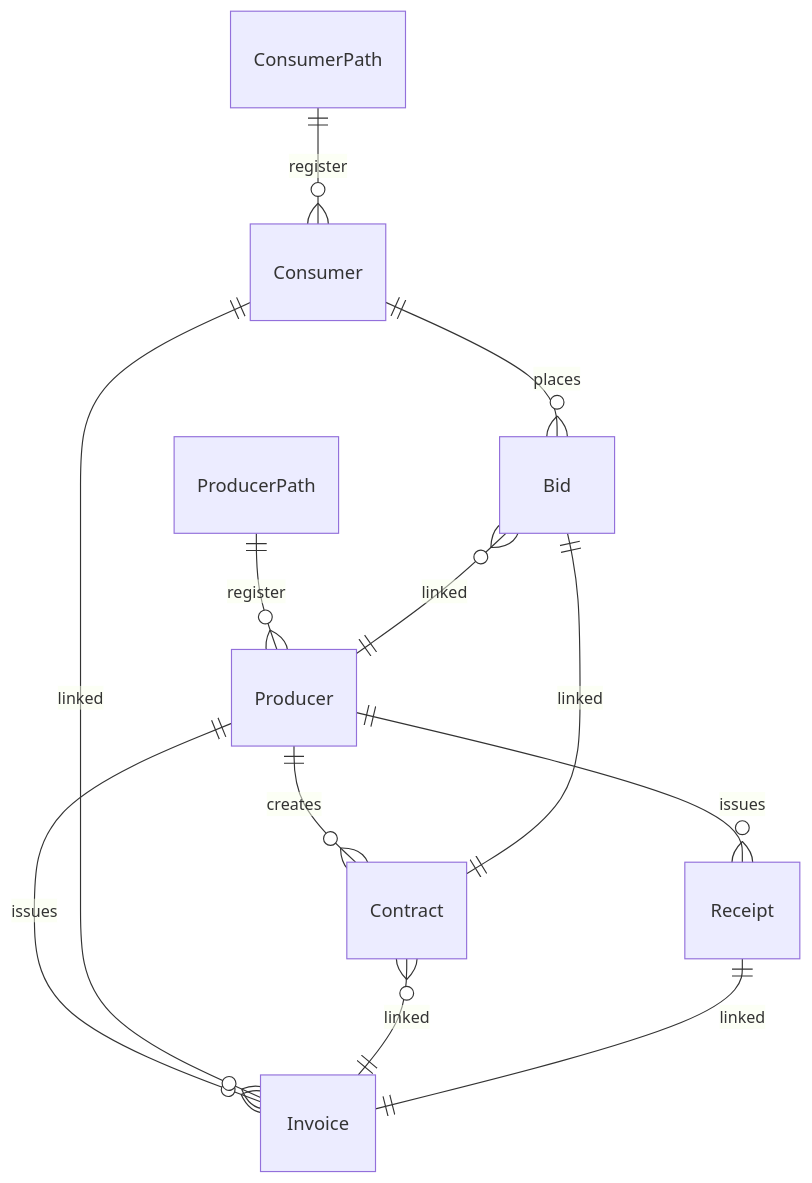
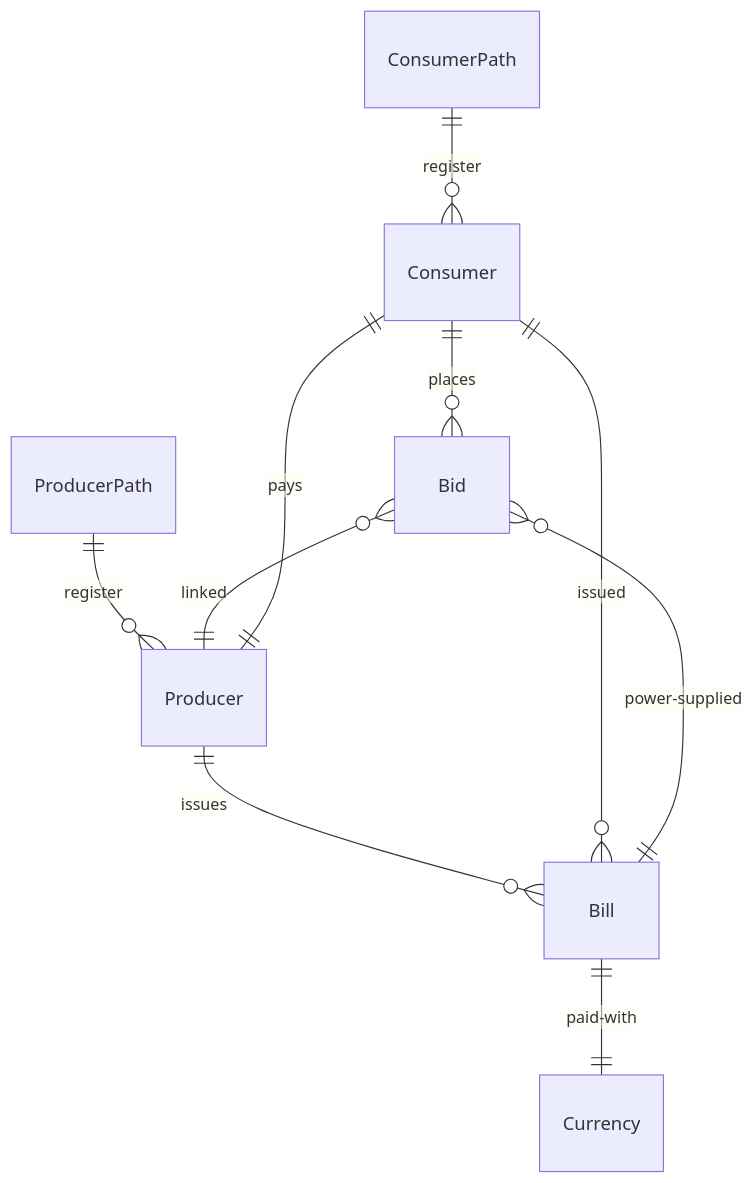
Before and after one commit to ioen-tech/ioen-micro-ledger: the second of 2 diagrams in SPEC.md, drawn with Mermaid. The commit also changed other lines of this file and 1 other file, not shown here.

Commit message:
Simplified ER Diagram

````diff
--- a/SPEC.md
+++ b/SPEC.md
@@ -43,15 +52,12 @@
 ```mermaid
 erDiagram
     ProducerPath ||--o{ Producer : register
     ConsumerPath ||--o{ Consumer : register
     Consumer ||--o{ Bid : places
     Bid o{ --||Producer : linked
-    Producer ||--o{ Contract : creates
-    Bid ||--|| Contract : linked
-    Producer ||--o{ Invoice : issues
-    Consumer ||--o{ Invoice : linked
-    Contract }o--|| Invoice : linked
-    Receipt ||--|| Invoice : linked
-    Producer ||--o{ Receipt : issues
-    
+    Producer ||--o{ Bill : issues
+    Consumer ||--o{ Bill : issued
+    Bid }o--|| Bill : power-supplied
+    Consumer ||--|| Producer : pays
+    Bill ||--|| Currency : paid-with
 ```
````
